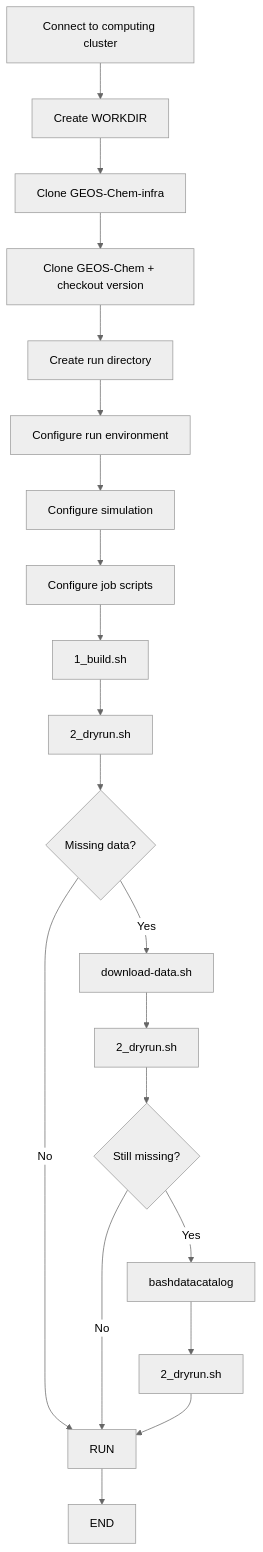
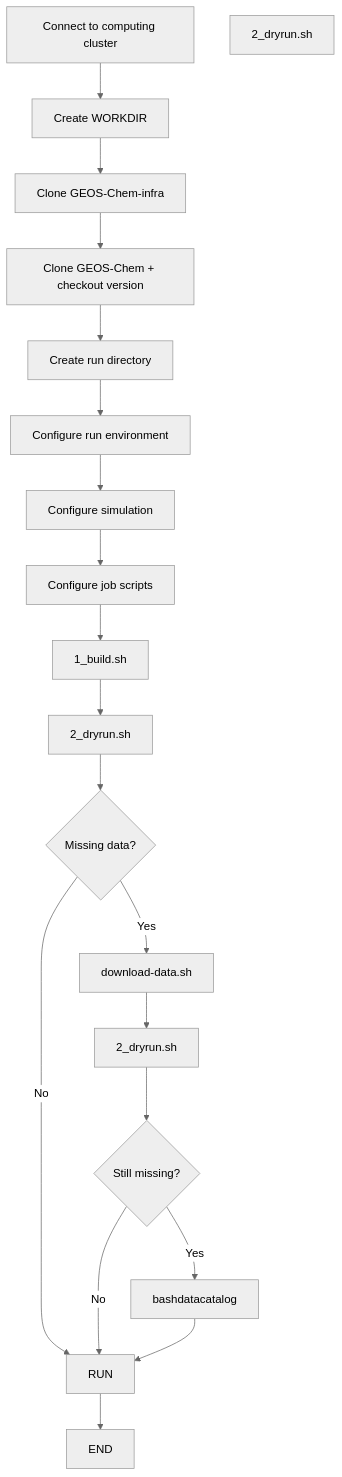
The diagram in doc/README.md (GEOS-Chem-IGE/GEOS-Chem-infra), drawn with Mermaid (neutral theme) before and after one commit.

Commit message:
flowchart updated

````diff
--- a/doc/README.md
+++ b/doc/README.md
@@ -13,49 +13,48 @@
 ```mermaid
 flowchart TD
 
     A[Connect to computing cluster]
     B[Create WORKDIR]
     C[Clone GEOS-Chem-infra]
     D[Clone GEOS-Chem + checkout version]
     E[Create run directory]
     F[Configure run environment]
     G[Configure simulation]
     H[Configure job scripts]
     
     BUILD["1_build.sh"]
     DRY1["2_dryrun.sh"]
     MISS{"Missing data?"}
 
     DOWNLOAD["download-data.sh"]
     DRY2["2_dryrun.sh"]
     STILL{"Still missing?"}
 
     CATALOG["bashdatacatalog"]
     DRY3["2_dryrun.sh"]
 
 
     A --> B
     B --> C
     C --> D
     D --> E
     E --> F
     F --> G
     G --> H
     H --> BUILD
     BUILD --> DRY1
     DRY1 --> MISS
 
     MISS -- "No" --> RUN
     MISS -- "Yes" --> DOWNLOAD
 
     DOWNLOAD --> DRY2
     DRY2 --> STILL
 
     STILL -- "No" --> RUN
     STILL -- "Yes" --> CATALOG
 
-    CATALOG --> DRY3
-    DRY3 --> RUN
+    CATALOG --> RUN
 
     RUN --> END
 ```
````
